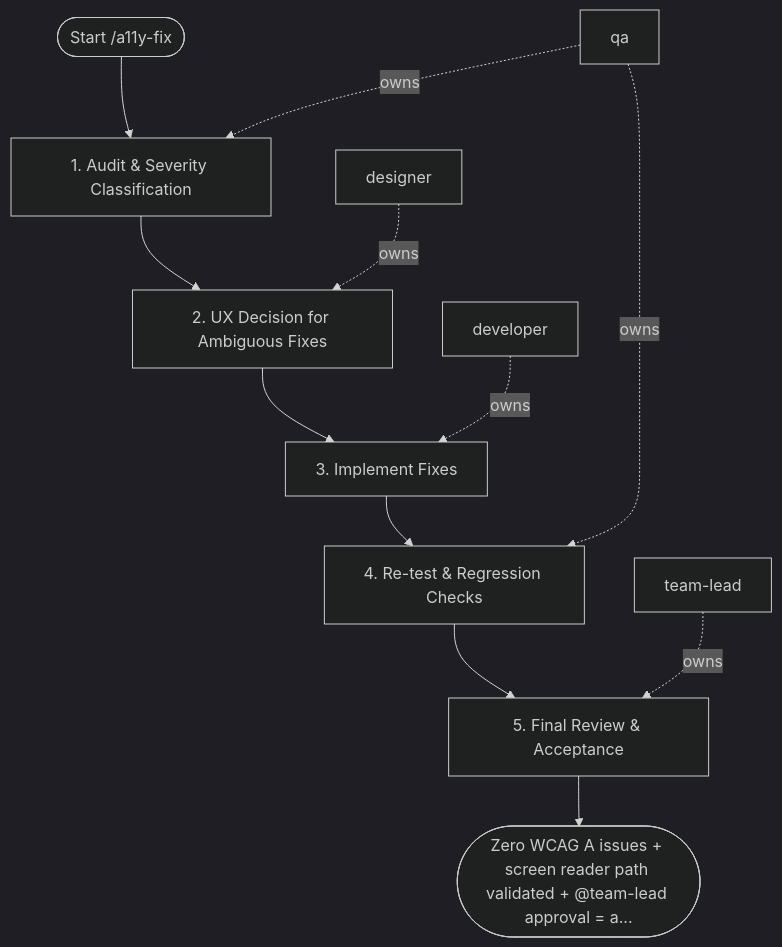
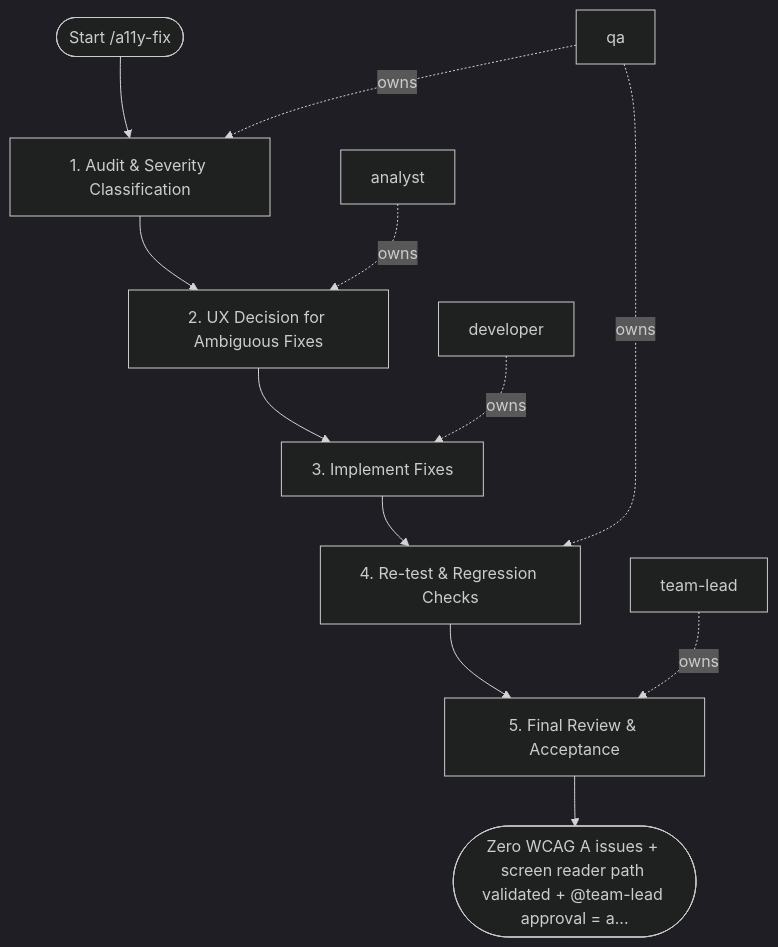
One commit to sawrus/agent-guides changed the diagram in areas/software/frontend/workflows/a11y-fix.md. Above: the diagram before and after it, drawn with Mermaid (dark theme). The commit also changed other lines of this file and 135 other files, not shown here.

````diff
--- a/areas/software/frontend/workflows/a11y-fix.md
+++ b/areas/software/frontend/workflows/a11y-fix.md
@@ -66,25 +66,25 @@
 ```mermaid
 flowchart TD
   start(["Start /a11y-fix"])
   role_1["qa"]
-  role_2["designer"]
+  role_2["analyst"]
   role_3["developer"]
   role_4["team-lead"]
   step_1["1. Audit & Severity Classification"]
   step_2["2. UX Decision for Ambiguous Fixes"]
   step_3["3. Implement Fixes"]
   step_4["4. Re-test & Regression Checks"]
   step_5["5. Final Review & Acceptance"]
   exit(["Zero WCAG A issues + screen reader path validated + @team-lead approval = a..."])
   start --> step_1
   step_1 --> step_2
   step_2 --> step_3
   step_3 --> step_4
   step_4 --> step_5
   step_5 --> exit
   role_1 -. owns .-> step_1
   role_2 -. owns .-> step_2
   role_3 -. owns .-> step_3
   role_1 -. owns .-> step_4
   role_4 -. owns .-> step_5
 ```
````
